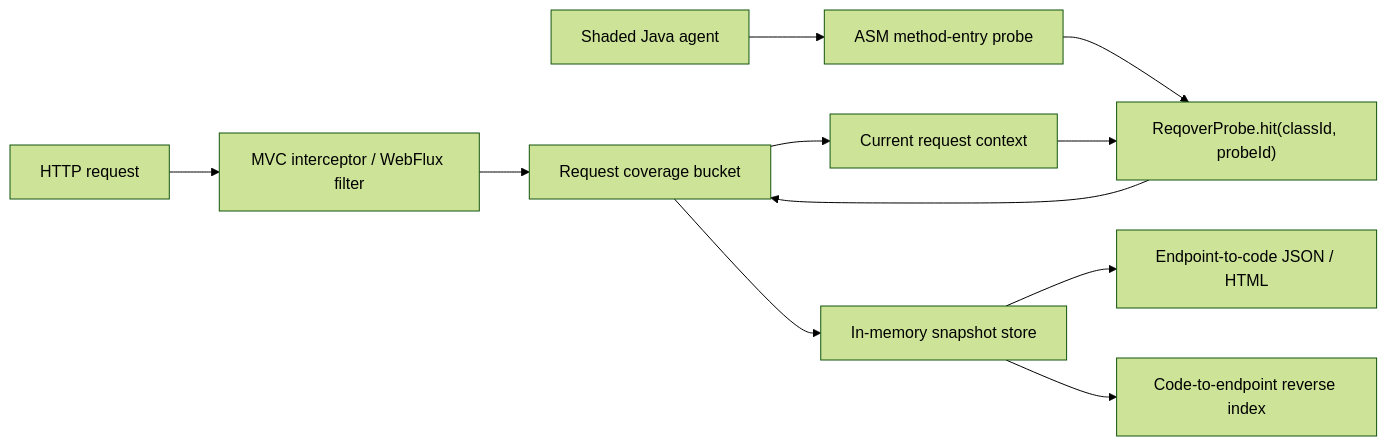
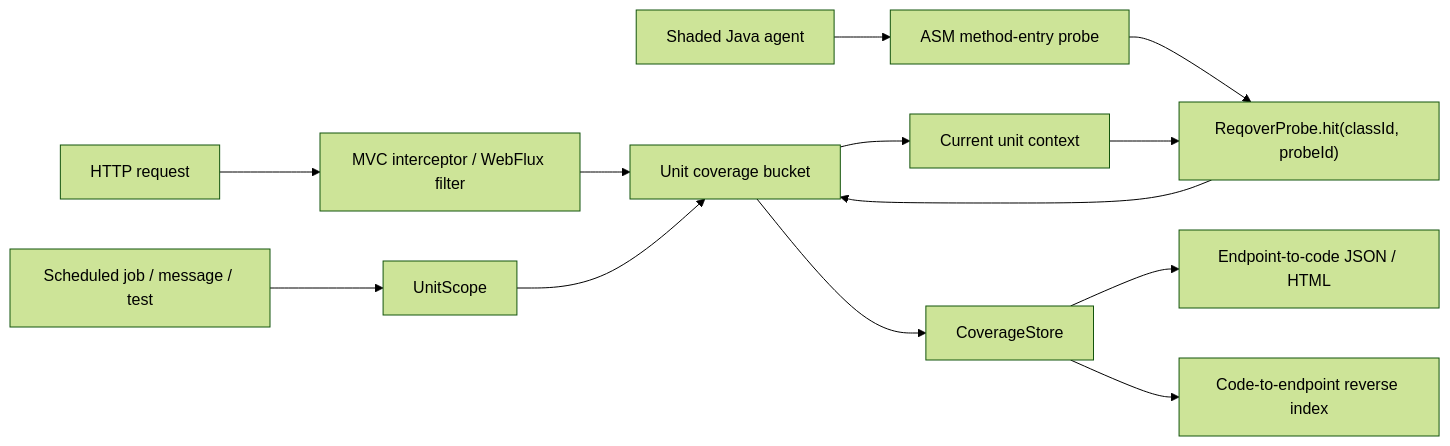
The first of 4 diagrams in docs/02_architecture.ko.md (reqover-labs/reqover), drawn with Mermaid (forest theme) before and after one commit. The commit also changed other lines of this file and 12 other files, not shown here.

````diff
--- a/docs/02_architecture.ko.md
+++ b/docs/02_architecture.ko.md
@@ -10,13 +10,15 @@
 ```mermaid
 flowchart LR
   A["HTTP request"] --> B["MVC interceptor / WebFlux filter"]
-  B --> C["Request coverage bucket"]
+  A2["Scheduled job / message / test"] --> B2["UnitScope"]
+  B --> C["Unit coverage bucket"]
+  B2 --> C
   D["Shaded Java agent"] --> E["ASM method-entry probe"]
   E --> F["ReqoverProbe.hit(classId, probeId)"]
-  C --> G["Current request context"]
+  C --> G["Current unit context"]
   G --> F
   F --> C
-  C --> H["In-memory snapshot store"]
+  C --> H["CoverageStore"]
   H --> I["Endpoint-to-code JSON / HTML"]
   H --> J["Code-to-endpoint reverse index"]
 ```
````
